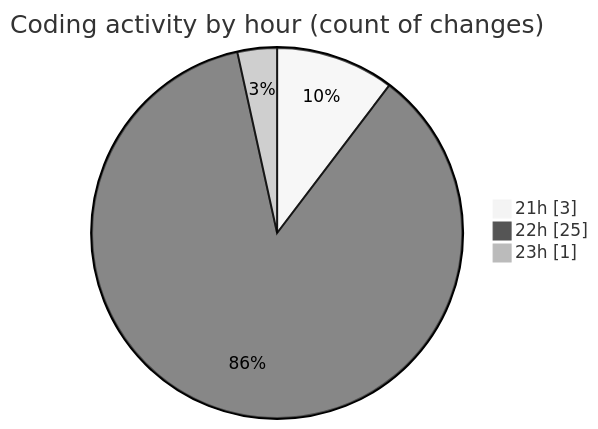
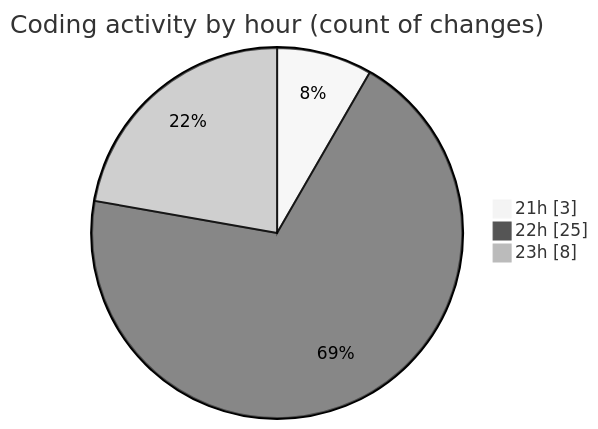
The second of 2 diagrams in 2025-03-18/sharpmasm/README.md (charlie-sans/code-tracking), drawn with Mermaid (neutral theme) before and after one commit. The commit also changed other lines of this file and 1 other file, not shown here.

````diff
--- a/2025-03-18/sharpmasm/README.md
+++ b/2025-03-18/sharpmasm/README.md
@@ -39,7 +40,7 @@
 ```mermaid
 pie showData
 title Coding activity by hour (count of changes)
 "21h" : 3
 "22h" : 25
-"23h" : 1
+"23h" : 8
 ```
````
